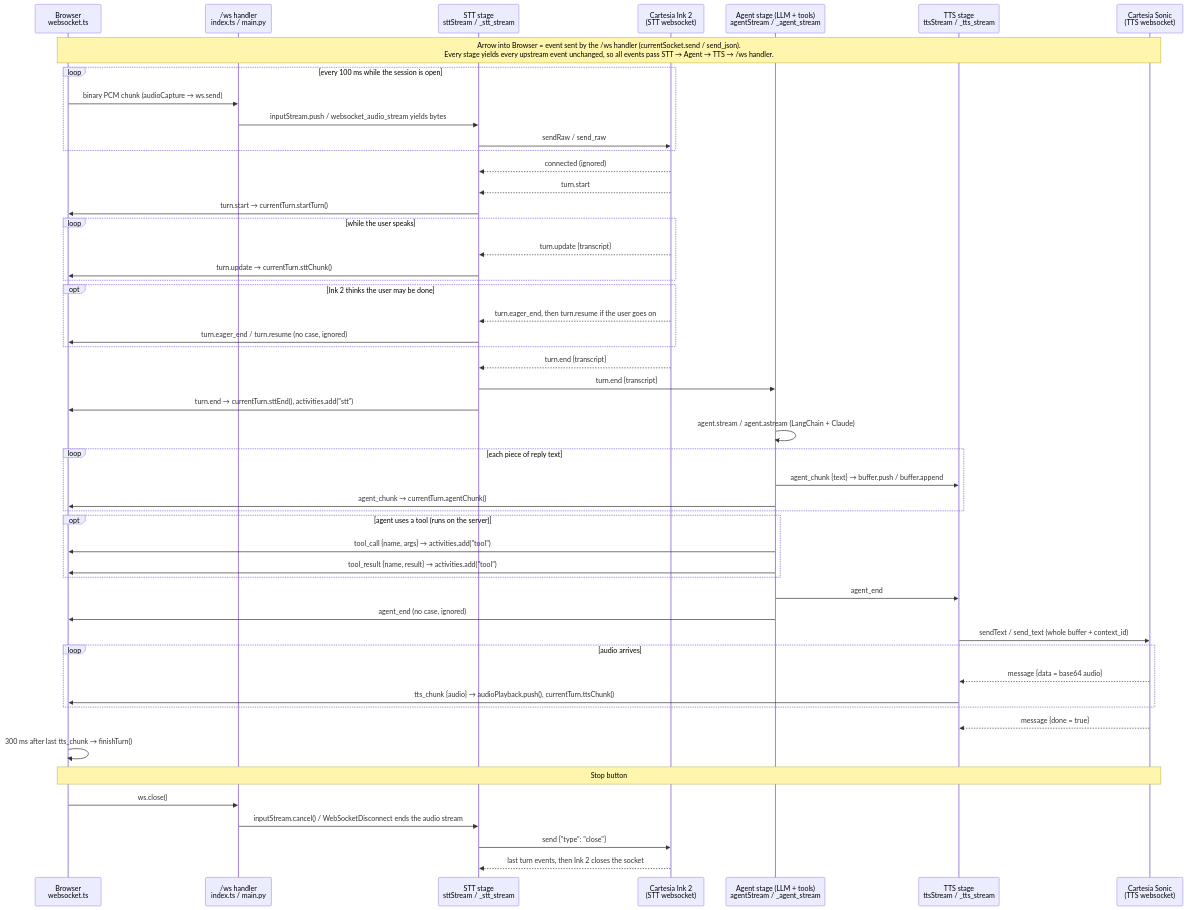
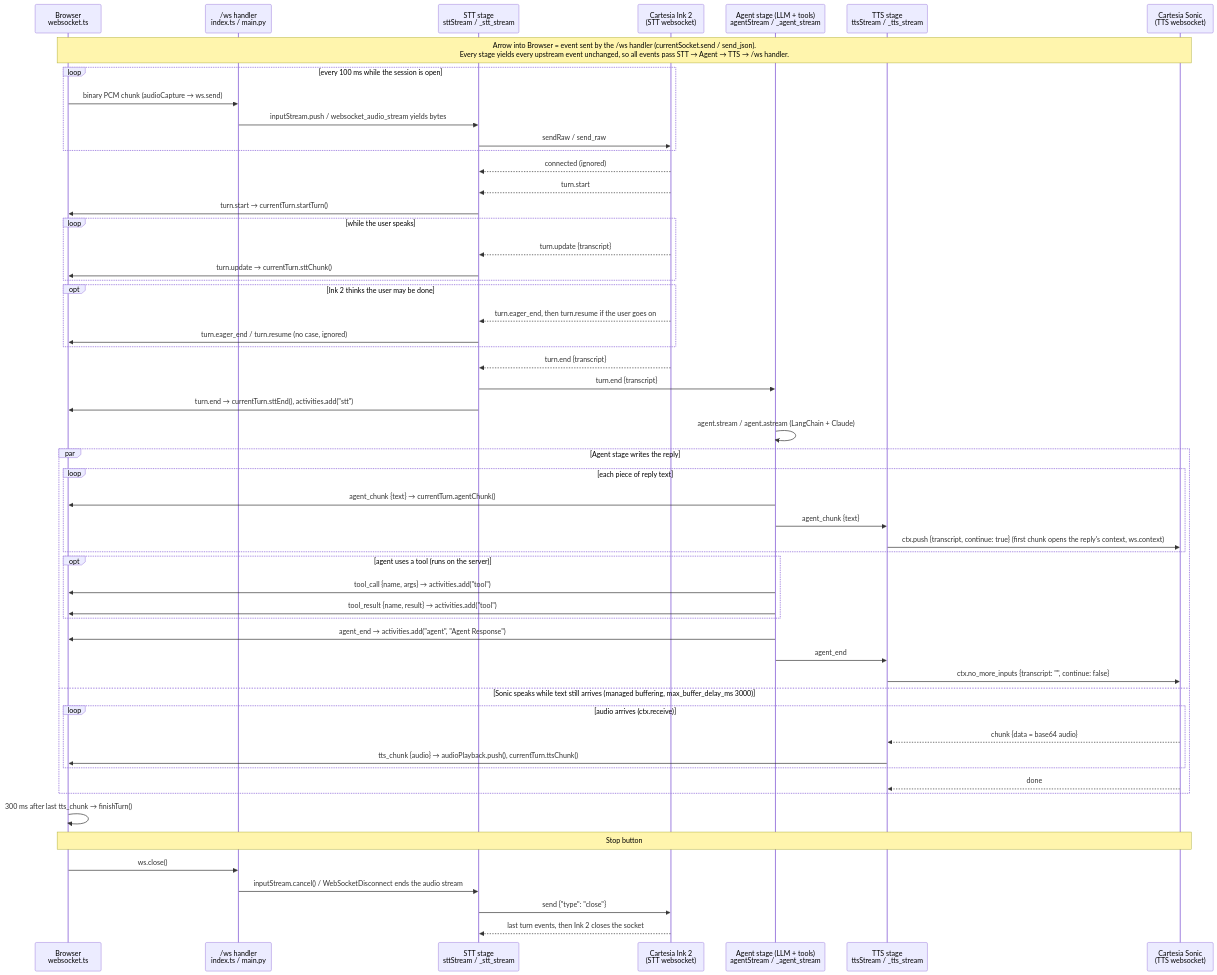
The second of 2 diagrams in README.md (zeuslawyer/voice-sandwich-demo), drawn with Mermaid before and after one commit. The commit also changed other lines of this file, not shown here.

Commit message:
docs: README for Sonic 3.6 continuations and a Made by / Used by event table
Sequence diagram: TTS now overlaps the agent reply (ctx.push per
agent_chunk, no_more_inputs on agent_end, audio via ctx.receive). Event
Types table lists who makes and who uses each event. Project structure
drops the deleted TTS clients.

````diff
--- a/README.md
+++ b/README.md
@@ -46,62 +46,65 @@
 ```mermaid
 sequenceDiagram
     participant B as Browser<br/>websocket.ts
     participant WS as /ws handler<br/>index.ts / main.py
     participant STT as STT stage<br/>sttStream / _stt_stream
     participant INK as Cartesia Ink 2<br/>(STT websocket)
     participant A as Agent stage (LLM + tools)<br/>agentStream / _agent_stream
     participant T as TTS stage<br/>ttsStream / _tts_stream
     participant SON as Cartesia Sonic<br/>(TTS websocket)
 
     Note over B,SON: Arrow into Browser = event sent by the /ws handler (currentSocket.send / send_json).<br/>Every stage yields every upstream event unchanged, so all events pass STT → Agent → TTS → /ws handler.
 
     loop every 100 ms while the session is open
         B->>WS: binary PCM chunk (audioCapture → ws.send)
         WS->>STT: inputStream.push / websocket_audio_stream yields bytes
         STT->>INK: sendRaw / send_raw
     end
 
     INK-->>STT: connected (ignored)
     INK-->>STT: turn.start
     STT->>B: turn.start → currentTurn.startTurn()
 
     loop while the user speaks
         INK-->>STT: turn.update {transcript}
         STT->>B: turn.update → currentTurn.sttChunk()
     end
 
     opt Ink 2 thinks the user may be done
         INK-->>STT: turn.eager_end, then turn.resume if the user goes on
         STT->>B: turn.eager_end / turn.resume (no case, ignored)
     end
 
     INK-->>STT: turn.end {transcript}
     STT->>A: turn.end {transcript}
     STT->>B: turn.end → currentTurn.sttEnd(), activities.add("stt")
 
     A->>A: agent.stream / agent.astream (LangChain + Claude)
-    loop each piece of reply text
-        A->>T: agent_chunk {text} → buffer.push / buffer.append
-        A->>B: agent_chunk → currentTurn.agentChunk()
+    par Agent stage writes the reply
+        loop each piece of reply text
+            A->>B: agent_chunk {text} → currentTurn.agentChunk()
+            A->>T: agent_chunk {text}
+            T->>SON: ctx.push {transcript, continue: true} (first chunk opens the reply's context, ws.context)
+        end
+        opt agent uses a tool (runs on the server)
+            A->>B: tool_call {name, args} → activities.add("tool")
+            A->>B: tool_result {name, result} → activities.add("tool")
+        end
+        A->>B: agent_end → activities.add("agent", "Agent Response")
+        A->>T: agent_end
+        T->>SON: ctx.no_more_inputs {transcript: "", continue: false}
+    and Sonic speaks while text still arrives (managed buffering, max_buffer_delay_ms 3000)
+        loop audio arrives (ctx.receive)
+            SON-->>T: chunk {data = base64 audio}
+            T->>B: tts_chunk {audio} → audioPlayback.push(), currentTurn.ttsChunk()
+        end
+        SON-->>T: done
     end
-    opt agent uses a tool (runs on the server)
-        A->>B: tool_call {name, args} → activities.add("tool")
-        A->>B: tool_result {name, result} → activities.add("tool")
-    end
-    A->>T: agent_end
-    A->>B: agent_end (no case, ignored)
-
-    T->>SON: sendText / send_text (whole buffer + context_id)
-    loop audio arrives
-        SON-->>T: message {data = base64 audio}
-        T->>B: tts_chunk {audio} → audioPlayback.push(), currentTurn.ttsChunk()
-    end
-    SON-->>T: message {done = true}
     B->>B: 300 ms after last tts_chunk → finishTurn()
 
     Note over B,SON: Stop button
     B->>WS: ws.close()
     WS->>STT: inputStream.cancel() / WebSocketDisconnect ends the audio stream
     STT->>INK: send {"type": "close"}
     INK-->>STT: last turn events, then Ink 2 closes the socket
 ```
````
